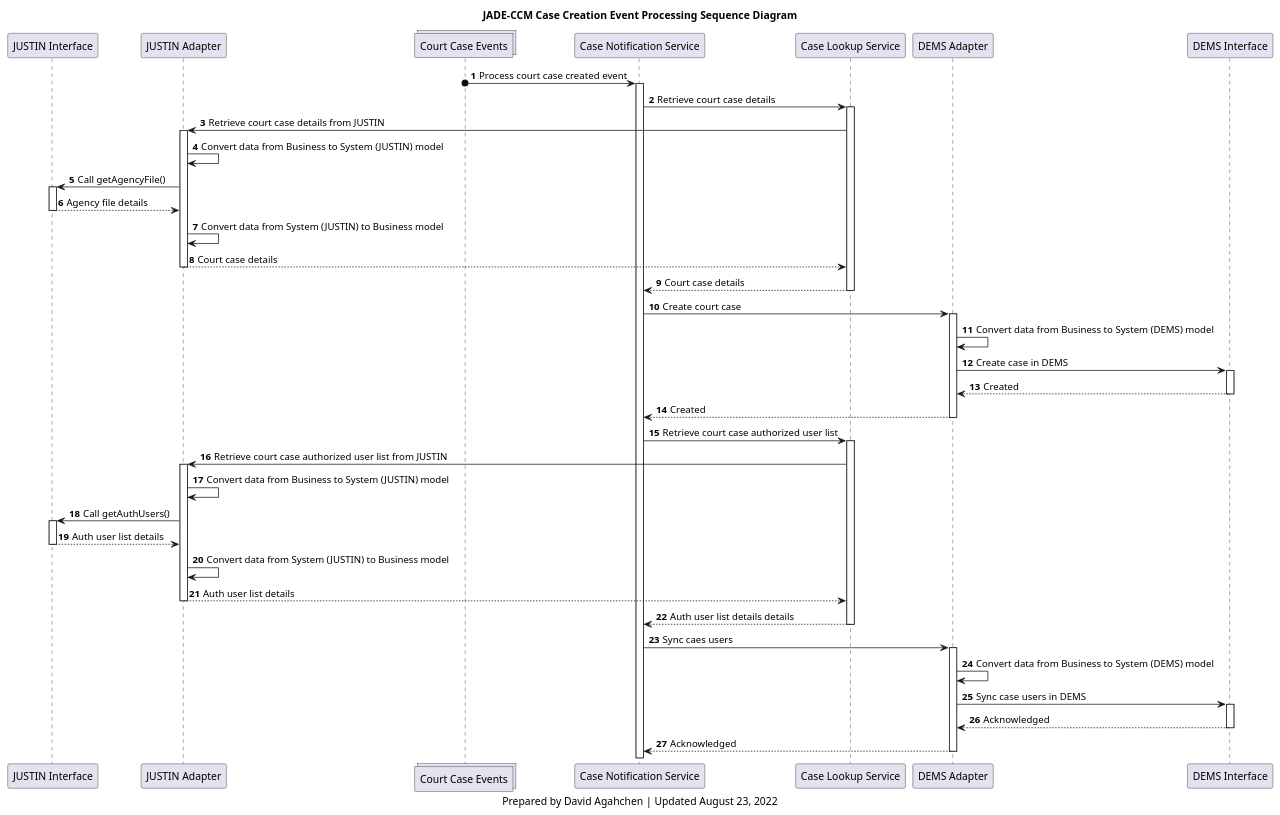
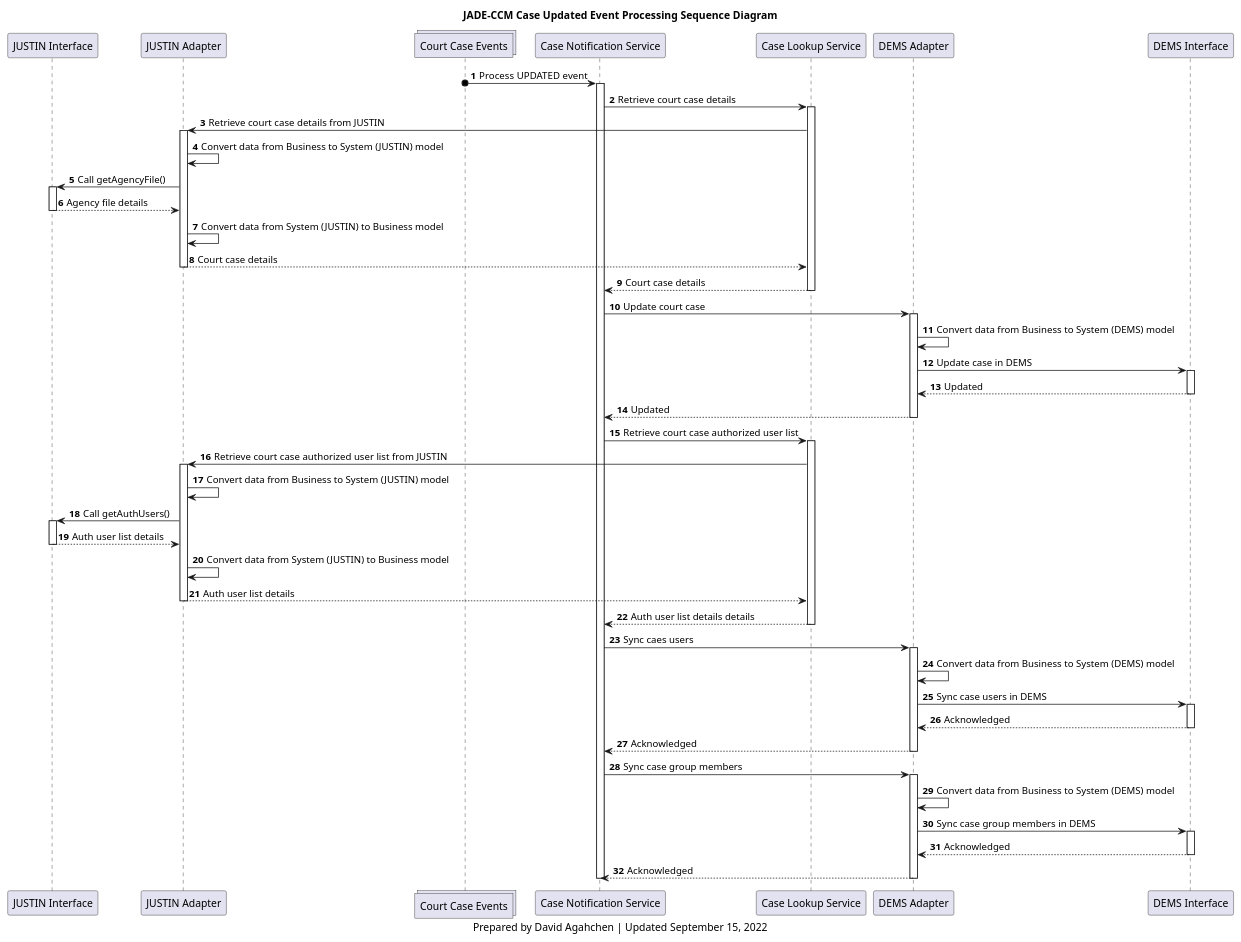
One commit to bcgov/jpss-jade-ccm changed the diagram in img/src/ccm_dems_case_update_sequence_diagram.plantuml. Above: the diagram before and after it, drawn with PlantUML. The commit also changed 7 other files, not shown here.

```diff
--- a/img/src/ccm_dems_case_update_sequence_diagram.plantuml
+++ b/img/src/ccm_dems_case_update_sequence_diagram.plantuml
@@ -1,76 +1,88 @@
 @startuml
 'hide footbox
 participant j_interface as "JUSTIN Interface"
 participant j_adapter as "JUSTIN Adapter"
 collections court_cases_topic as "Court Case Events"
 participant case_notification_service as "Case Notification Service"
 participant case_lookup_service as "Case Lookup Service"
 participant d_adapter as "DEMS Adapter"
 participant d_interface as "DEMS Interface"
 
 title
-JADE-CCM Case Creation Event Processing Sequence Diagram
+JADE-CCM Case Updated Event Processing Sequence Diagram
 end title
 
 autonumber
 
-court_cases_topic o-> case_notification_service : Process court case created event
+court_cases_topic o-> case_notification_service : Process UPDATED event
 activate case_notification_service
 case_notification_service -> case_lookup_service: Retrieve court case details
 activate case_lookup_service
 case_lookup_service -> j_adapter: Retrieve court case details from JUSTIN
 
 activate j_adapter
 j_adapter -> j_adapter: Convert data from Business to System (JUSTIN) model
 j_adapter -> j_interface: Call getAgencyFile()
 activate j_interface
 j_interface --> j_adapter: Agency file details
 deactivate j_interface
 j_adapter -> j_adapter: Convert data from System (JUSTIN) to Business model
 j_adapter --> case_lookup_service: Court case details
 deactivate j_adapter
 
 case_lookup_service --> case_notification_service: Court case details
 deactivate case_lookup_service
-case_notification_service -> d_adapter: Create court case
+case_notification_service -> d_adapter: Update court case
 
 activate d_adapter
 d_adapter -> d_adapter: Convert data from Business to System (DEMS) model
-d_adapter -> d_interface: Create case in DEMS
+d_adapter -> d_interface: Update case in DEMS
 activate d_interface
-d_interface --> d_adapter: Created
+d_interface --> d_adapter: Updated
 deactivate d_interface
-d_adapter --> case_notification_service: Created
+d_adapter --> case_notification_service: Updated
 deactivate d_adapter
 
 case_notification_service -> case_lookup_service: Retrieve court case authorized user list
 activate case_lookup_service
 case_lookup_service -> j_adapter: Retrieve court case authorized user list from JUSTIN
 
 activate j_adapter
 j_adapter -> j_adapter: Convert data from Business to System (JUSTIN) model
 j_adapter -> j_interface: Call getAuthUsers()
 activate j_interface
 j_interface --> j_adapter: Auth user list details
 deactivate j_interface
 j_adapter -> j_adapter: Convert data from System (JUSTIN) to Business model
 j_adapter --> case_lookup_service: Auth user list details
 deactivate j_adapter
 
 case_lookup_service --> case_notification_service: Auth user list details details
 deactivate case_lookup_service
 
 case_notification_service -> d_adapter: Sync caes users
 activate d_adapter
 d_adapter -> d_adapter: Convert data from Business to System (DEMS) model
 d_adapter -> d_interface: Sync case users in DEMS
 activate d_interface
 d_interface --> d_adapter: Acknowledged
 deactivate d_interface
 d_adapter --> case_notification_service: Acknowledged
 deactivate d_adapter
 
+case_notification_service -> d_adapter: Sync case group members
+activate d_adapter
+d_adapter -> d_adapter: Convert data from Business to System (DEMS) model
+d_adapter -> d_interface: Sync case group members in DEMS
+activate d_interface
+d_interface --> d_adapter: Acknowledged
+deactivate d_interface
+d_adapter --> case_notification_service: Acknowledged
+deactivate d_adapter
+
+deactivate case_notification_service
+
 caption
-Prepared by David Agahchen | Updated August 23, 2022
+Prepared by David Agahchen | Updated September 15, 2022
 end caption
 @enduml
```
